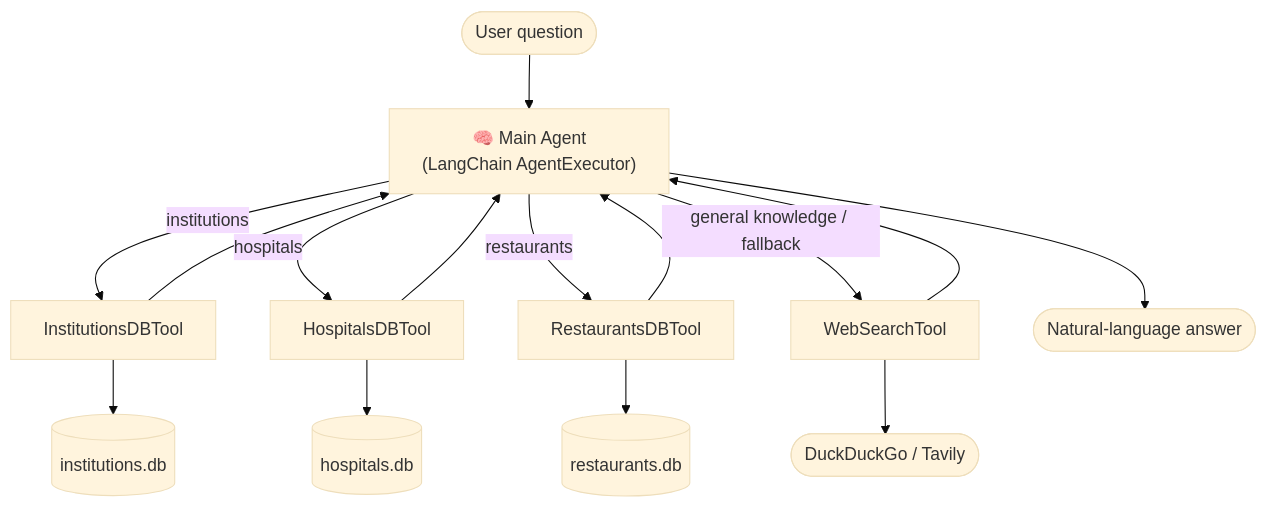
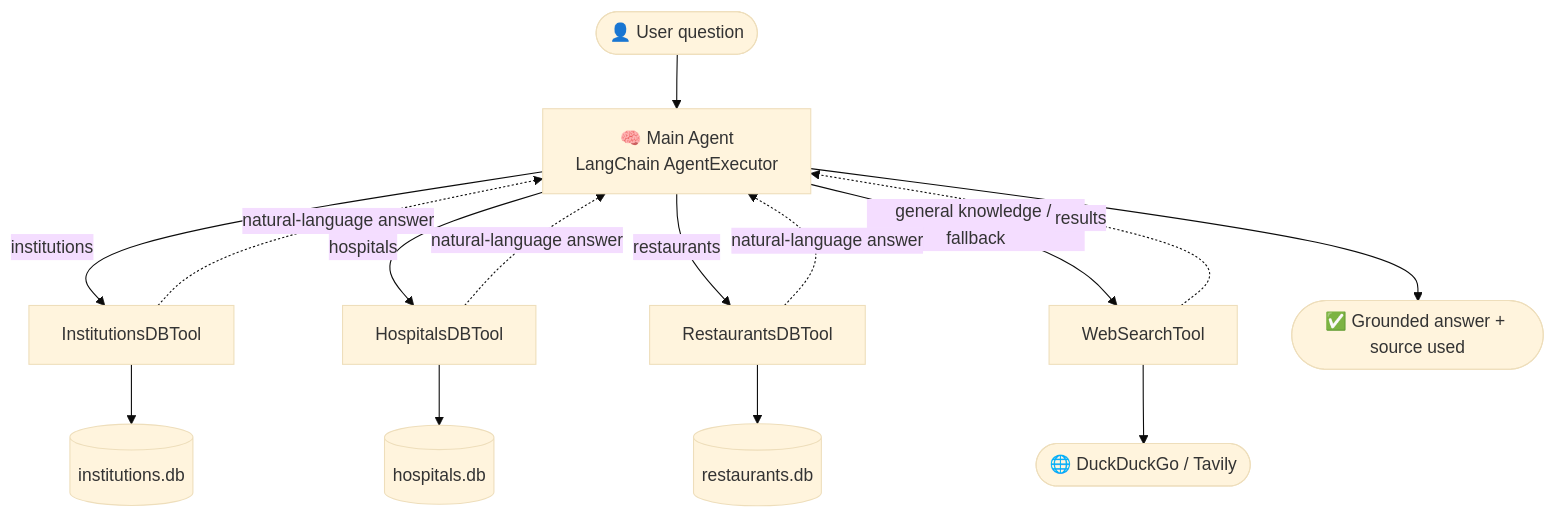
The diagram in README.md (MdAsif-Hossain/BD-Knowledge-Agent), drawn with Mermaid (base theme) before and after one commit. The commit also changed other lines of this file, not shown here.

````diff
--- a/README.md
+++ b/README.md
@@ -41,19 +90,20 @@
 ```mermaid
 flowchart TD
-    U([User question]) --> A["🧠 Main Agent<br/>(LangChain AgentExecutor)"]
+    U([👤 User question]) --> A["🧠 Main Agent<br/>LangChain AgentExecutor"]
+
     A -->|institutions| I[InstitutionsDBTool]
     A -->|hospitals| H[HospitalsDBTool]
     A -->|restaurants| R[RestaurantsDBTool]
     A -->|general knowledge / fallback| W[WebSearchTool]
 
     I --> IDB[(institutions.db)]
     H --> HDB[(hospitals.db)]
     R --> RDB[(restaurants.db)]
-    W --> NET([DuckDuckGo / Tavily])
+    W --> NET([🌐 DuckDuckGo / Tavily])
 
-    I --> A
-    H --> A
-    R --> A
-    W --> A
-    A --> ANS([Natural-language answer])
+    I -. natural-language answer .-> A
+    H -. natural-language answer .-> A
+    R -. natural-language answer .-> A
+    W -. results .-> A
+    A --> ANS([✅ Grounded answer + source used])
 ```
````
